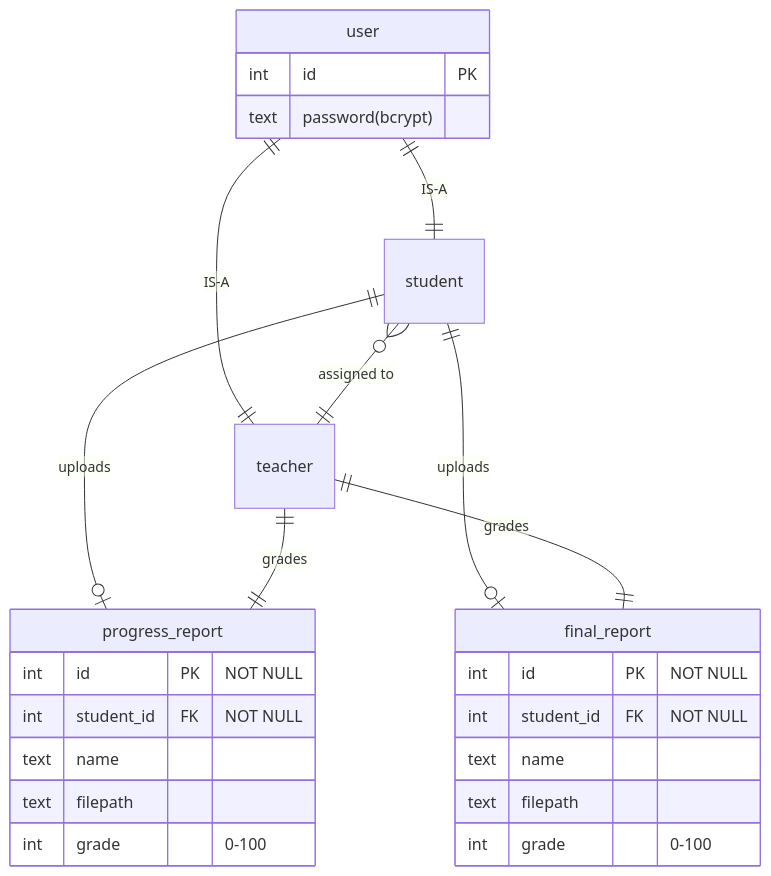
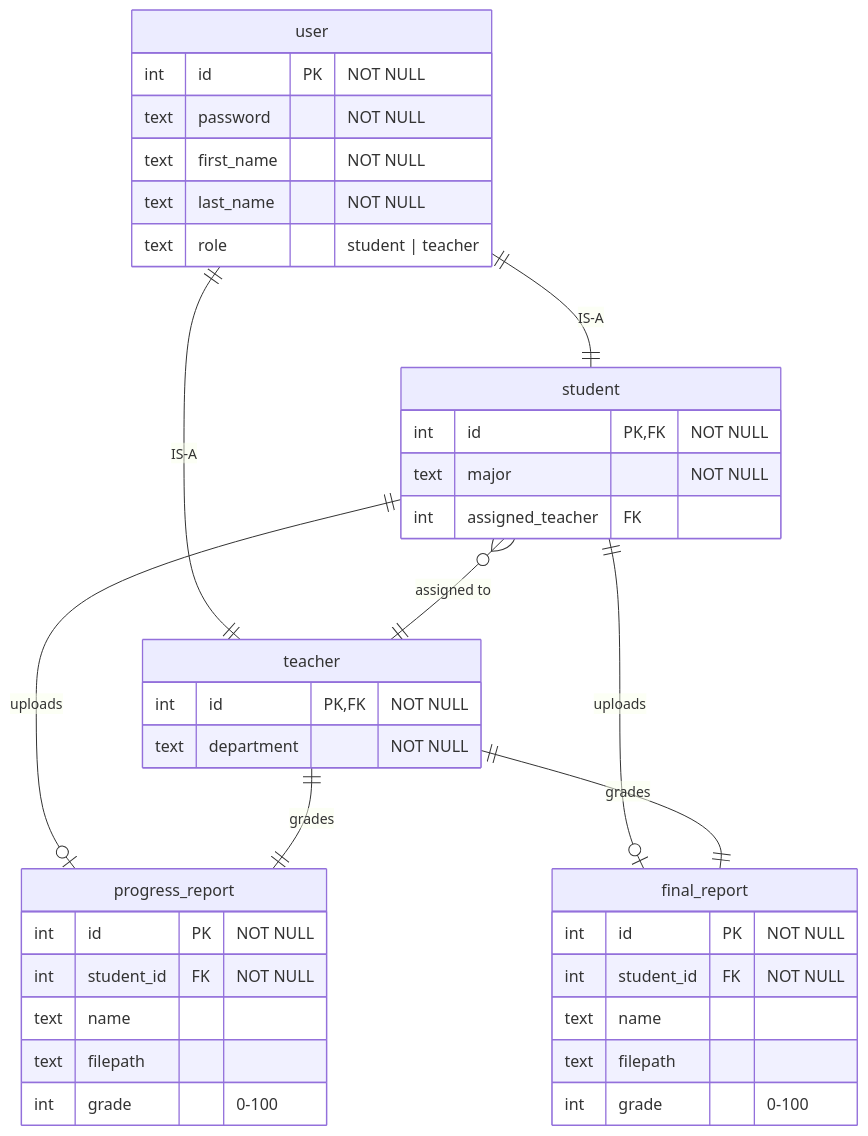
The diagram in README.md (shom254/dissertation-mgmt-system), drawn with Mermaid before and after one commit.

Commit message:
fixed diagram

````diff
--- a/README.md
+++ b/README.md
@@ -111,28 +111,41 @@
 ```mermaid
 erDiagram
     user {
-        int id PK
-        text password(bcrypt) 
+        int id PK "NOT NULL"
+        text password "NOT NULL"
+        text first_name "NOT NULL"
+        text last_name "NOT NULL"
+        text role "student | teacher"
+        %% role = 
+    }
+    student {
+        int id PK, FK "NOT NULL"
+        text major "NOT NULL"
+        int assigned_teacher FK
+    }
+    teacher {
+        int id PK, FK "NOT NULL"
+        text department "NOT NULL"
     }
     progress_report {
         int id PK "NOT NULL"
         int student_id FK "NOT NULL"
         text name
         text filepath
         int grade "0-100"
     }
     final_report {
         int id PK "NOT NULL"
         int student_id FK "NOT NULL"
         text name
         text filepath
         int grade "0-100"
     }
     user || -- || student : IS-A
     user || -- || teacher : IS-A
     student }o -- || teacher : "assigned to"
     student || -- o| progress_report : uploads
     student || -- o| final_report : uploads
     teacher || -- || progress_report : grades
     teacher || -- || final_report : grades
 ```
````
